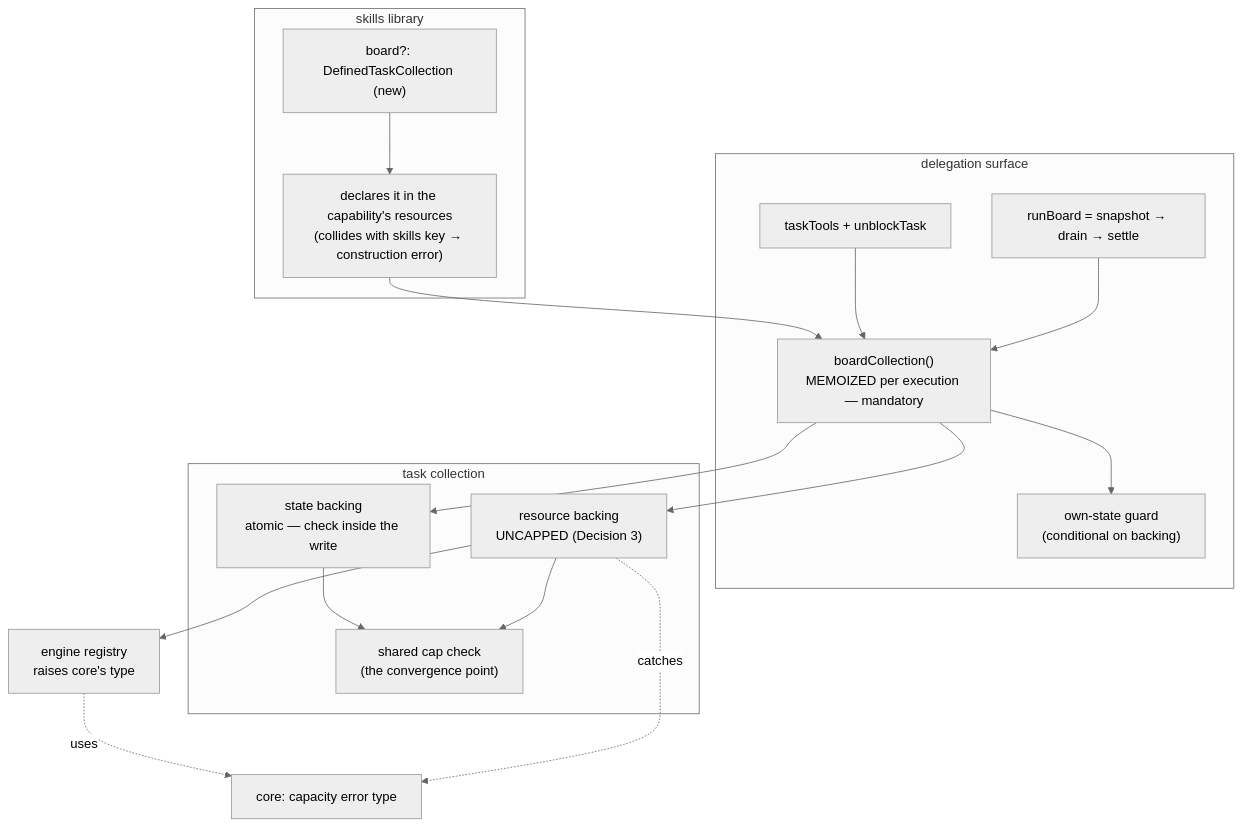
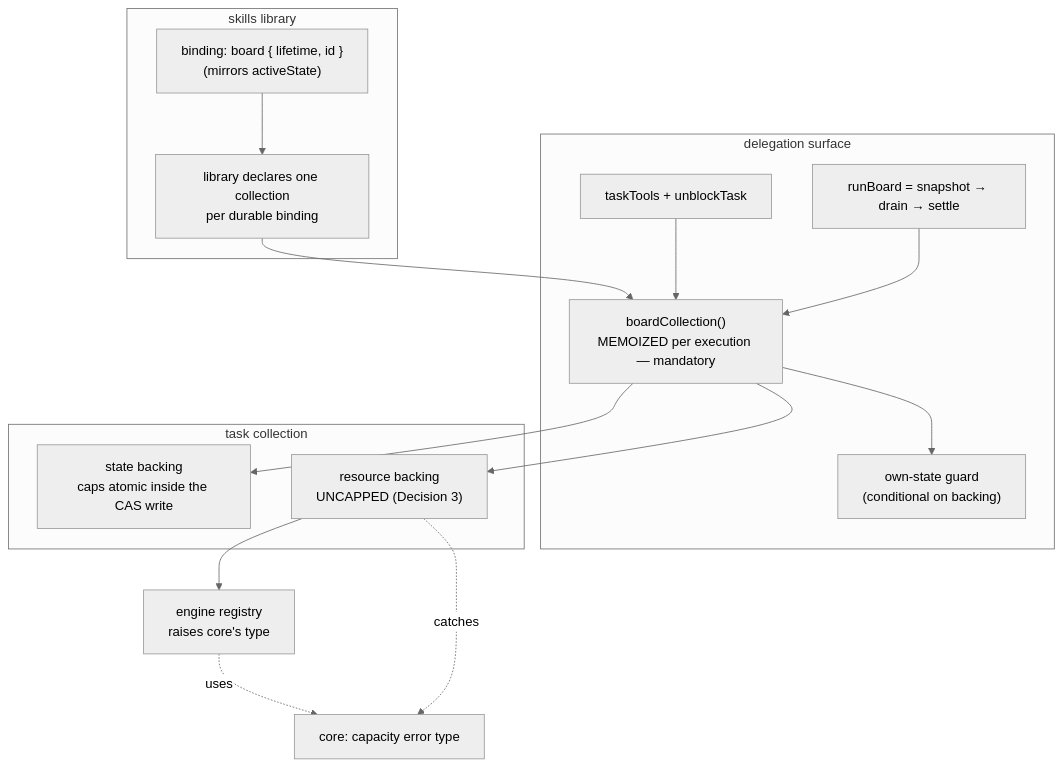
The diagram in docs/specs/FIX-957.md (fixpoint-labs/flow-state-dev), drawn with Mermaid (neutral theme) before and after one commit. The commit also changed other lines of this file, not shown here.

````diff
--- a/docs/specs/FIX-957.md
+++ b/docs/specs/FIX-957.md
@@ -196,35 +196,32 @@
 ```mermaid
 flowchart TB
   subgraph lib["skills library"]
-    OPT["board?: DefinedTaskCollection (new)"]
-    RES["declares it in the capability's resources<br/>(collides with skills key → construction error)"]
+    OPT["binding: board { lifetime, id }<br/>(mirrors activeState)"]
+    RES["library declares one collection<br/>per durable binding"]
   end
 
   subgraph surf["delegation surface"]
     BC["boardCollection()<br/>MEMOIZED per execution — mandatory"]
     GUARD["own-state guard<br/>(conditional on backing)"]
     TOOLS["taskTools + unblockTask"]
     RB["runBoard = snapshot → drain → settle"]
   end
 
   subgraph coll["task collection"]
-    CAPS["shared cap check<br/>(the convergence point)"]
-    STATE["state backing<br/>atomic — check inside the write"]
+    STATE["state backing<br/>caps atomic inside the CAS write"]
     RESB["resource backing<br/>UNCAPPED (Decision 3)"]
   end
 
   CORE["core: capacity error type"]
   REG["engine registry<br/>raises core's type"]
 
   OPT --> RES --> BC
   BC --> GUARD
   BC --> STATE
   BC --> RESB
   TOOLS --> BC
   RB --> BC
-  STATE --> CAPS
-  RESB --> CAPS
   RESB --> REG
   REG -.uses.-> CORE
   RESB -.catches.-> CORE
 ```
````
